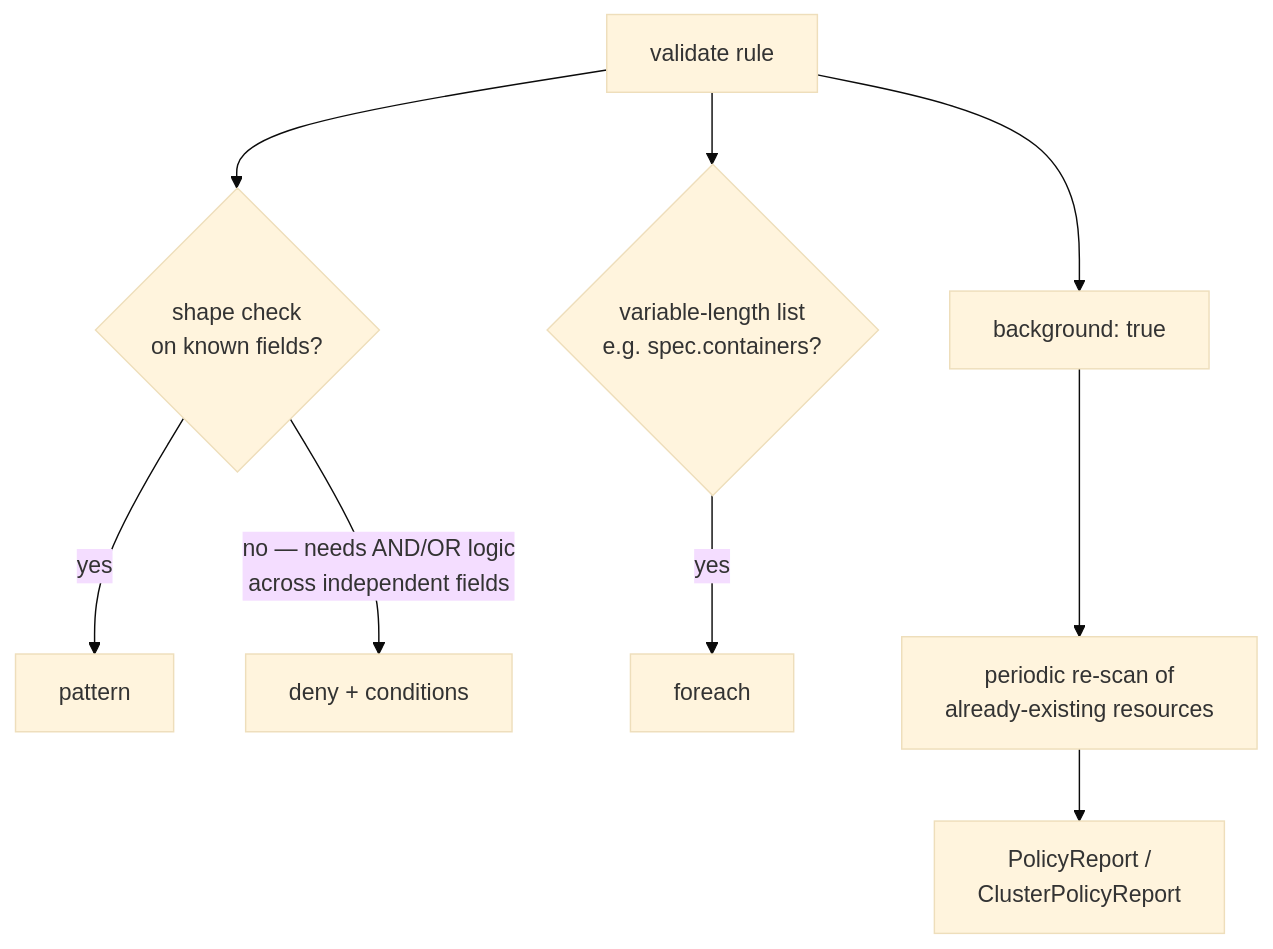
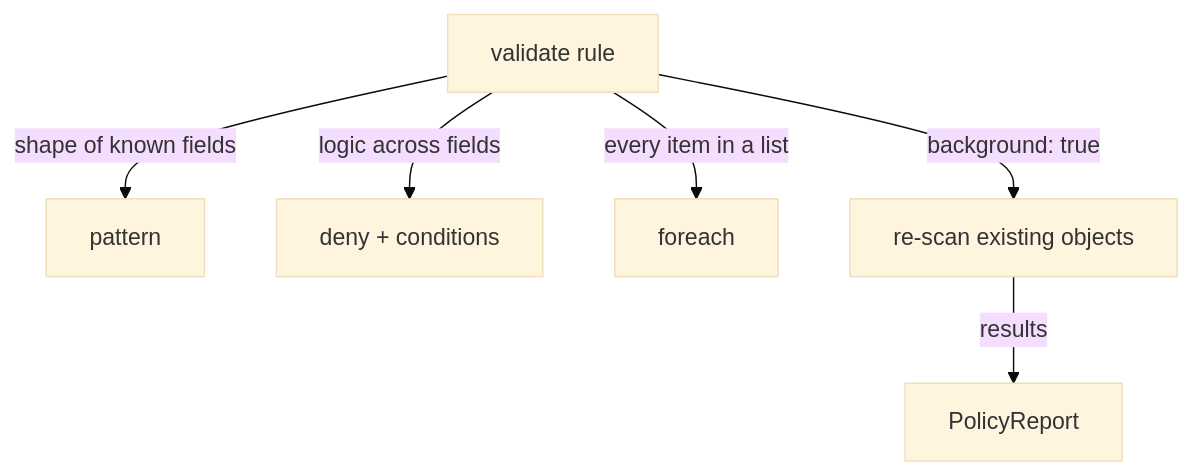
Before and after one commit to astrona-io/ATS007: the diagram in sections/section-010/module-02/course.md, drawn with Mermaid (base theme). The commit also changed other lines of this file and 150 other files, not shown here.

````diff
--- a/sections/section-010/module-02/course.md
+++ b/sections/section-010/module-02/course.md
@@ -16,11 +7,8 @@
 ```mermaid
-flowchart TD
-    A["validate rule"] --> B{"shape check<br/>on known fields?"}
-    B -->|yes| C["pattern"]
-    B -->|"no — needs AND/OR logic<br/>across independent fields"| D["deny + conditions"]
-    A --> E{"variable-length list<br/>e.g. spec.containers?"}
-    E -->|yes| F["foreach"]
-    A --> G["background: true"]
-    G --> H["periodic re-scan of<br/>already-existing resources"]
-    H --> I["PolicyReport /<br/>ClusterPolicyReport"]
+flowchart TB
+    V["validate rule"] -->|"shape of known fields"| P["pattern"]
+    V -->|"logic across fields"| D["deny + conditions"]
+    V -->|"every item in a list"| F["foreach"]
+    V -->|"background: true"| B["re-scan existing objects"]
+    B -->|"results"| R["PolicyReport"]
 ```
````
